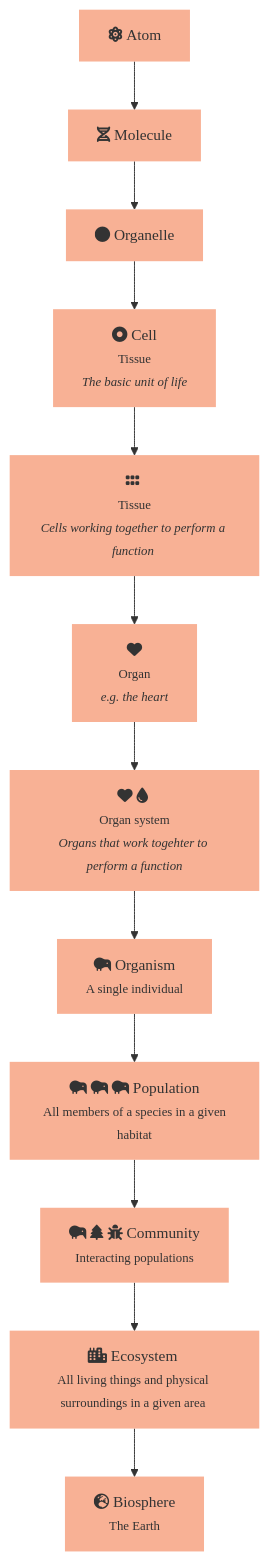
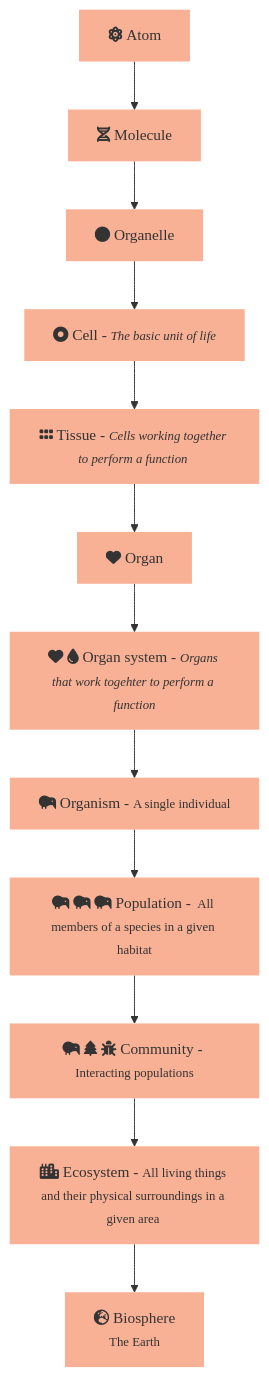
One commit to el-uhu/el-uhu-website changed the diagram in content/teaching/ilos/bio-grade-5.md. Above: the diagram before and after it, drawn with Mermaid.

Commit message:
ilos bio-year-5

```diff
--- a/content/teaching/ilos/bio-grade-5.md
+++ b/content/teaching/ilos/bio-grade-5.md
@@ -23,17 +23,17 @@
 {{<mermaid>}}
 graph TD
       B-->A[fas:fa-globe-europe Biosphere</br><small>The Earth</small>]
-      C-->B[fas:fa-city Ecosystem </br><small>All living things and physical surroundings in a given area </small>]
-      D-->C[fas:fa-kiwi-bird fas:fa-tree fas:fa-bug Community</br><small>Interacting populations</small>]
-      E-->D[fas:fa-kiwi-bird fas:fa-kiwi-bird fas:fa-kiwi-bird Population</br><small> All members of a species in a given habitat</small>]
-      F-->E[fas:fa-kiwi-bird Organism</br><small>A single individual</small>]
-      G-->F[fas:fa-heart fas:fa-tint </br><small>Organ system</br><i>Organs that work togehter to perform a function</i></small>]
-      H-->G[fas:fa-heart </br><small>Organ</br><i>e.g. the heart</i></small>]
-      I-->H[fas:fa-grip-horizontal </br><small>Tissue</br><i>Cells working together to perform a function </i></small>]
-      J-->I[fas:fa-dot-circle Cell</br><small>Tissue</br><i>The basic unit of life </i></small>]
+      C-->B[fas:fa-city Ecosystem - <small>All living things and their physical surroundings in a given area </small>]
+      D-->C[fas:fa-kiwi-bird fas:fa-tree fas:fa-bug Community - <small>Interacting populations</small>]
+      E-->D[fas:fa-kiwi-bird fas:fa-kiwi-bird fas:fa-kiwi-bird Population - <small> All members of a species in a given habitat</small>]
+      F-->E[fas:fa-kiwi-bird Organism - <small>A single individual</small>]
+      G-->F[fas:fa-heart fas:fa-tint Organ system - <small><i>Organs that work togehter to perform a function</i></small>]
+      H-->G[fas:fa-heart Organ]
+      I-->H[fas:fa-grip-horizontal Tissue - <small><i>Cells working together to perform a function </i></small>]
+      J-->I[fas:fa-dot-circle Cell - <small><i>The basic unit of life </i></small>]
       K-->J[fas:fa-circle Organelle]
       L[fas:fa-atom Atom]-->K[fas:fa-dna Molecule]
 
       class A,B,C,D,E,F,G,H,I,J,K,L myNodes;
       classDef myNodes stroke-width:0px,font-family:Source Code Pro,font-weight:400, fill:#F8B195;
 {{</mermaid>}}
```
